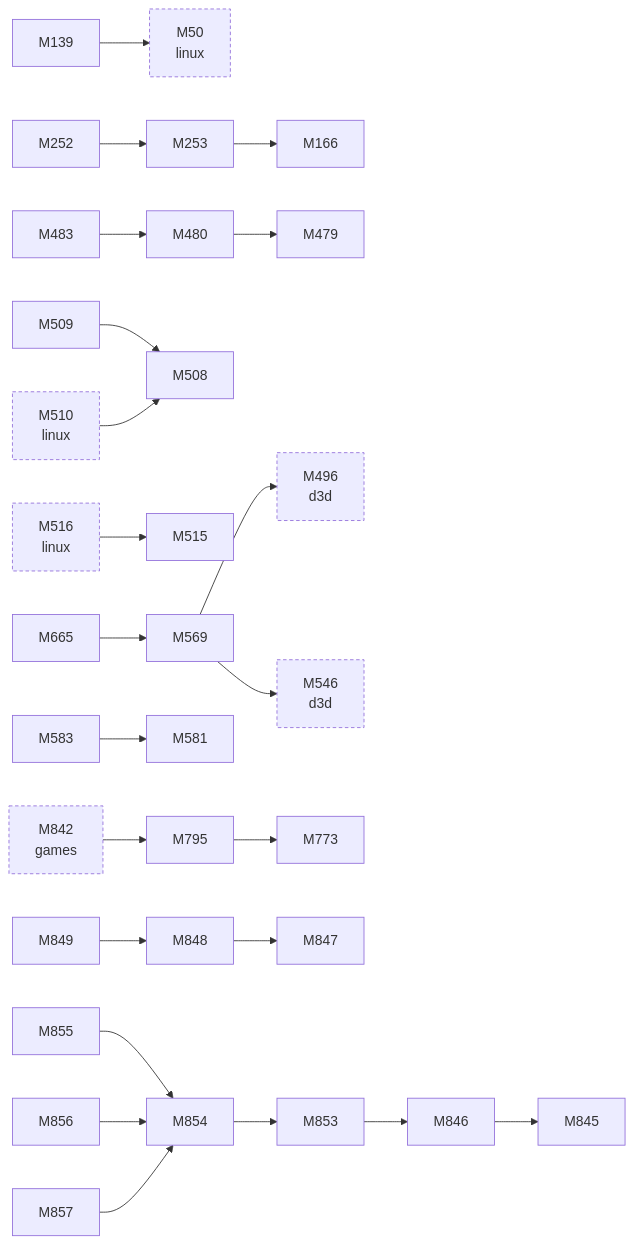
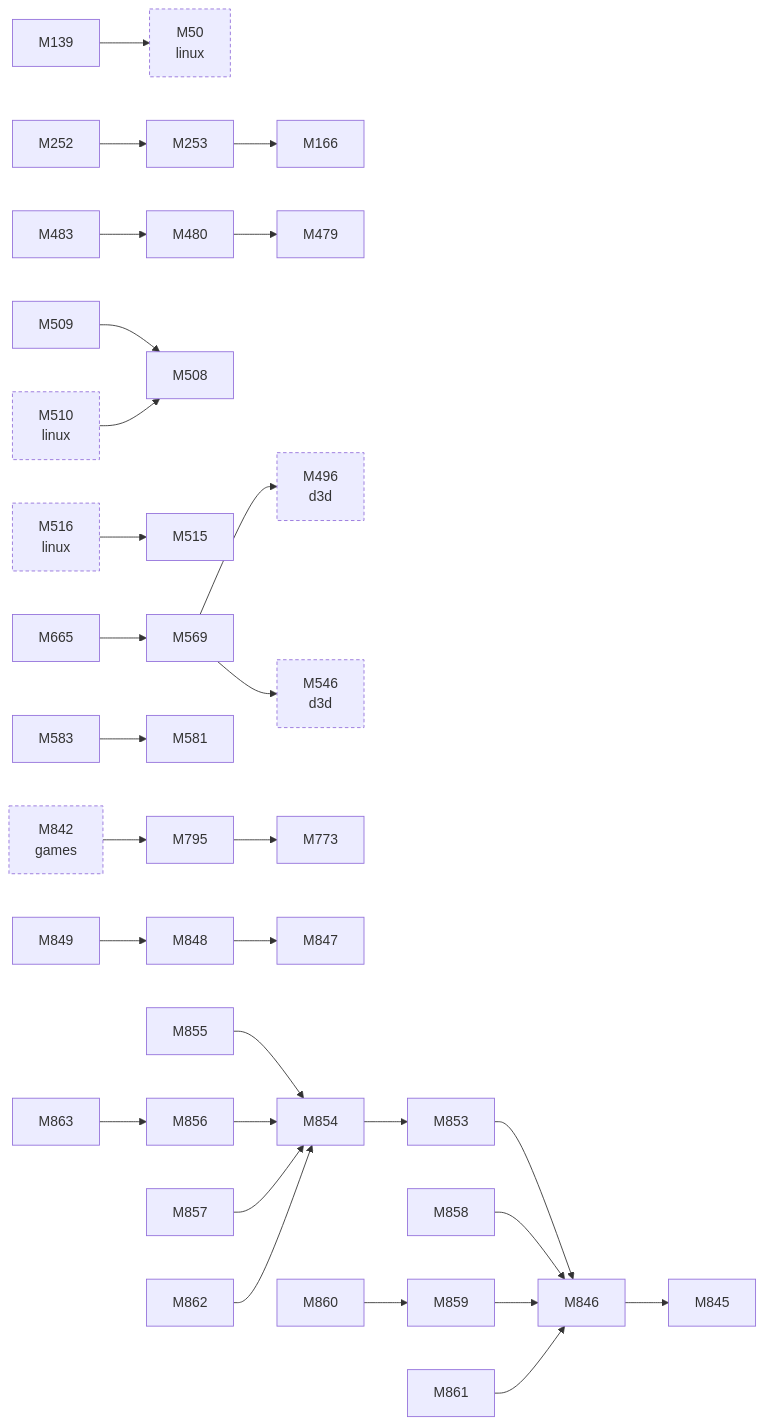
One commit to D-Ogi/amdgpu-wddm changed the second of 2 diagrams in docs/facts/graphs/icd.md. Above: the diagram before and after it, drawn with Mermaid. The commit also changed other lines of this file and 64 other files, not shown here.

````diff
--- a/docs/facts/graphs/icd.md
+++ b/docs/facts/graphs/icd.md
@@ -29,59 +32,71 @@
 ```mermaid
 flowchart LR
   M50["M50<br/>linux"]
   M139["M139"]
   M166["M166"]
   M252["M252"]
   M253["M253"]
   M479["M479"]
   M480["M480"]
   M483["M483"]
   M496["M496<br/>d3d"]
   M508["M508"]
   M509["M509"]
   M510["M510<br/>linux"]
   M515["M515"]
   M516["M516<br/>linux"]
   M546["M546<br/>d3d"]
   M569["M569"]
   M581["M581"]
   M583["M583"]
   M665["M665"]
   M773["M773"]
   M795["M795"]
   M842["M842<br/>games"]
   M845["M845"]
   M846["M846"]
   M847["M847"]
   M848["M848"]
   M849["M849"]
   M853["M853"]
   M854["M854"]
   M855["M855"]
   M856["M856"]
   M857["M857"]
+  M858["M858"]
+  M859["M859"]
+  M860["M860"]
+  M861["M861"]
+  M862["M862"]
+  M863["M863"]
   M139 --> M50
   M252 --> M253
   M253 --> M166
   M480 --> M479
   M483 --> M480
   M509 --> M508
   M569 --> M496
   M569 --> M546
   M583 --> M581
   M665 --> M569
   M795 --> M773
   M846 --> M845
   M848 --> M847
   M849 --> M848
   M853 --> M846
   M854 --> M853
   M855 --> M854
   M856 --> M854
   M857 --> M854
+  M858 --> M846
+  M859 --> M846
+  M860 --> M859
+  M861 --> M846
+  M862 --> M854
+  M863 --> M856
   M842 --> M795
   M510 --> M508
   M516 --> M515
   classDef other stroke-dasharray:4 3
   class M50,M496,M510,M516,M546,M842 other
 ```
````
